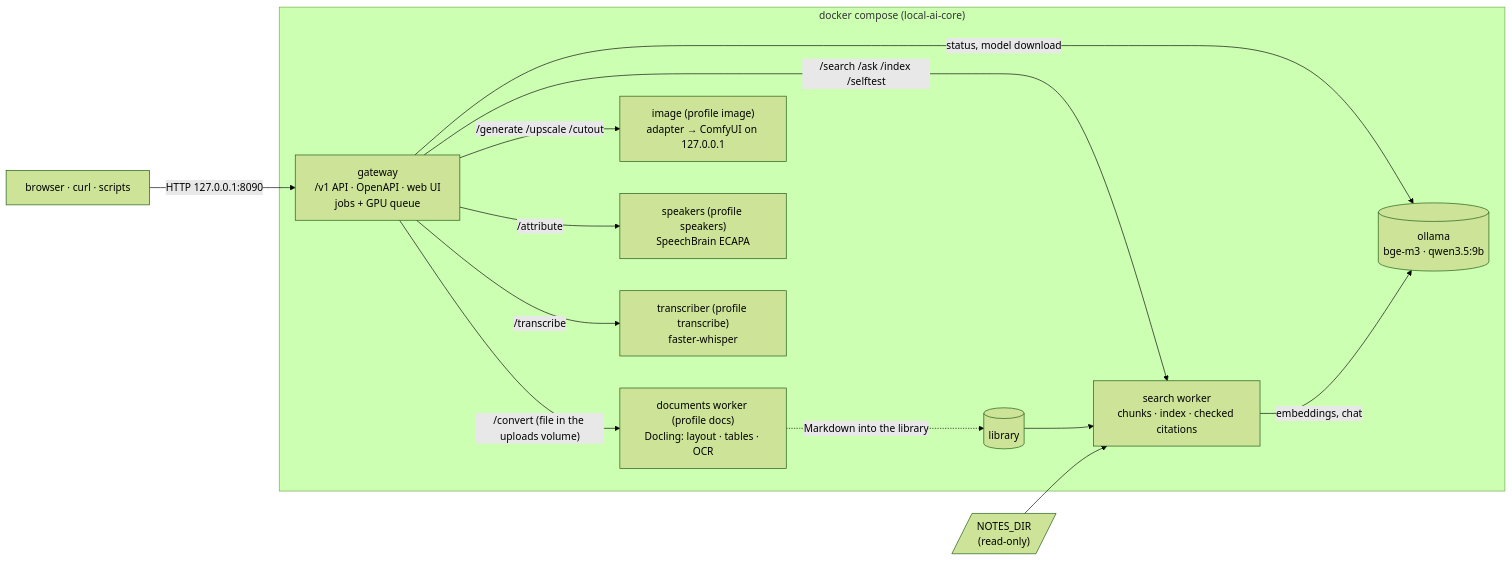
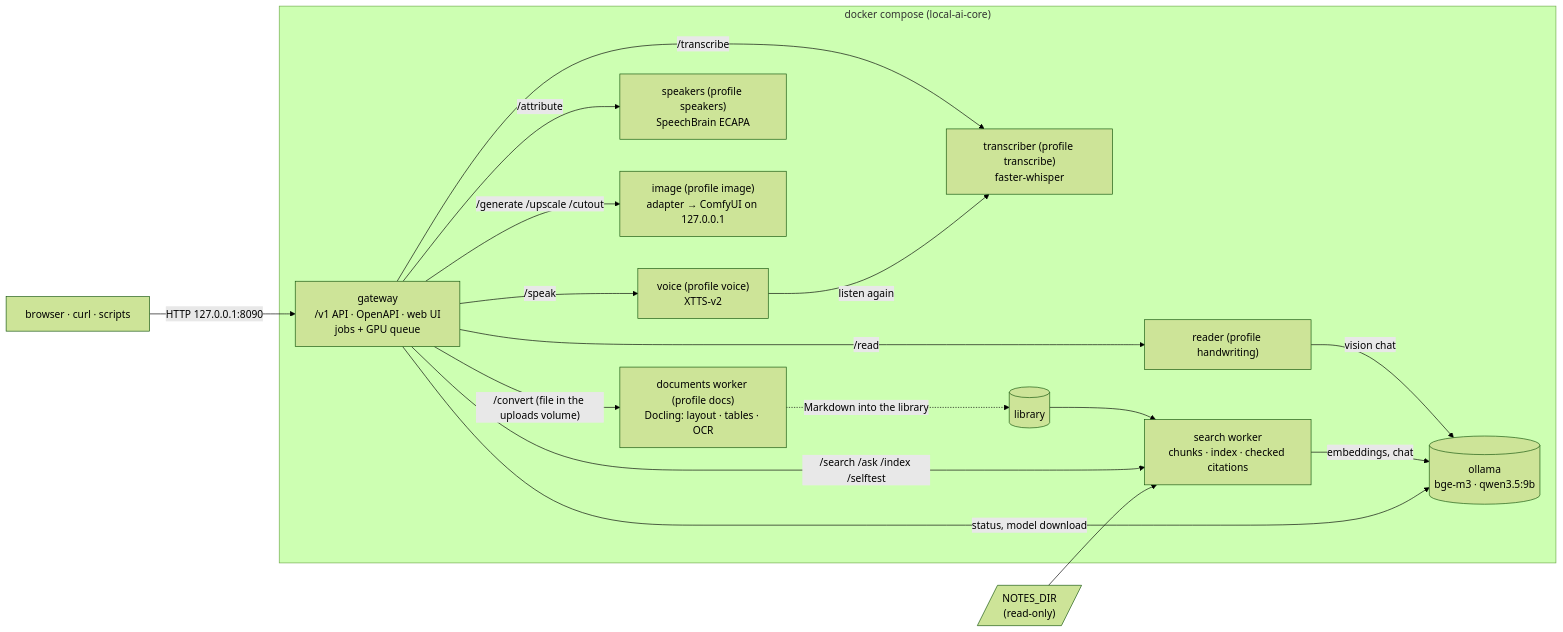
One commit to manzolo/local-ai-core changed the first of 2 diagrams in docs/architecture.md. Above: the diagram before and after it, drawn with Mermaid (forest theme). The commit also changed other lines of this file and 55 other files, not shown here.

````diff
--- a/docs/architecture.md
+++ b/docs/architecture.md
@@ -8,23 +8,27 @@
 ```mermaid
 flowchart LR
     U["browser · curl · scripts"] -->|"HTTP 127.0.0.1:8090"| G
     subgraph stack["docker compose (local-ai-core)"]
         G["gateway<br/>/v1 API · OpenAPI · web UI<br/>jobs + GPU queue"]
         S["search worker<br/>chunks · index · checked citations"]
         D["documents worker (profile docs)<br/>Docling: layout · tables · OCR"]
         G -->|"/convert (file in the uploads volume)"| D
         TR["transcriber (profile transcribe)<br/>faster-whisper"]
         SP["speakers (profile speakers)<br/>SpeechBrain ECAPA"]
         G -->|"/transcribe"| TR
         G -->|"/attribute"| SP
         IM["image (profile image)<br/>adapter → ComfyUI on 127.0.0.1"]
         G -->|"/generate /upscale /cutout"| IM
+        RD["reader (profile handwriting)"] -->|"vision chat"| O
+        VO["voice (profile voice)<br/>XTTS-v2"] -->|"listen again"| TR
+        G -->|"/read"| RD
+        G -->|"/speak"| VO
         D -.->|"Markdown into the library"| L[("library")]
         L --> S
         O[("ollama<br/>bge-m3 · qwen3.5:9b")]
         G -->|"/search /ask /index /selftest"| S
         S -->|"embeddings, chat"| O
         G -->|"status, model download"| O
     end
     N[/"NOTES_DIR<br/>(read-only)"/] --> S
 ```
````
